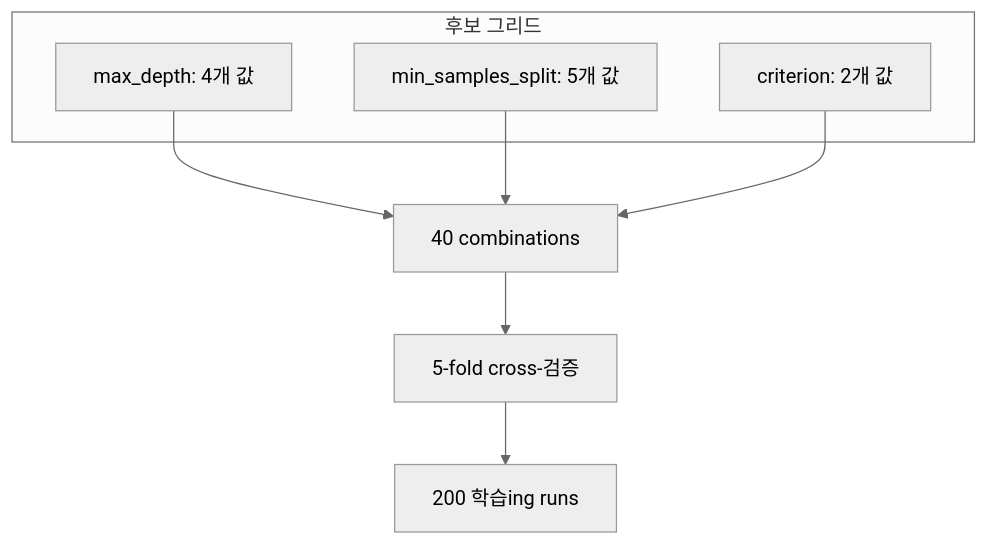
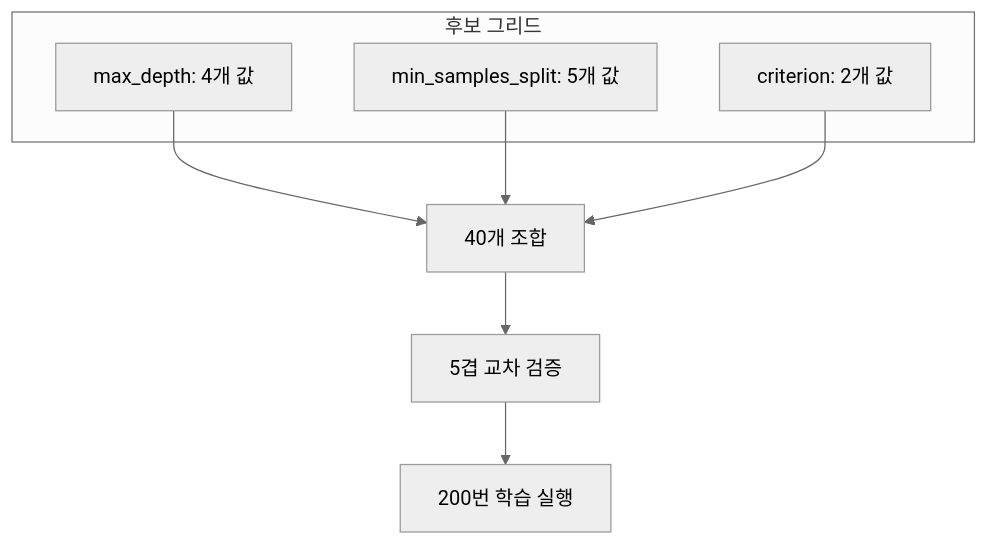
Before and after one commit to devchan64/AiBook: the diagram in docs/assets/part-04/chapter-09/p4-9-2-mermaid-02-ko.mmd, drawn with Mermaid (neutral theme). The commit also changed 8 other files, not shown here.

Commit message:
Finish Part 4 Korean diagram localization

```diff
--- a/docs/assets/part-04/chapter-09/p4-9-2-mermaid-02-ko.mmd
+++ b/docs/assets/part-04/chapter-09/p4-9-2-mermaid-02-ko.mmd
@@ -1,12 +1,12 @@
 flowchart TD
   subgraph A["후보 그리드"]
     B["max_depth: 4개 값"]
     C["min_samples_split: 5개 값"]
     D["criterion: 2개 값"]
   end
 
-  B --> E["40 combinations"]
+  B --> E["40개 조합"]
   C --> E
   D --> E
-  E --> F["5-fold cross-검증"]
-  F --> G["200 학습ing runs"]
+  E --> F["5겹 교차 검증"]
+  F --> G["200번 학습 실행"]
```
